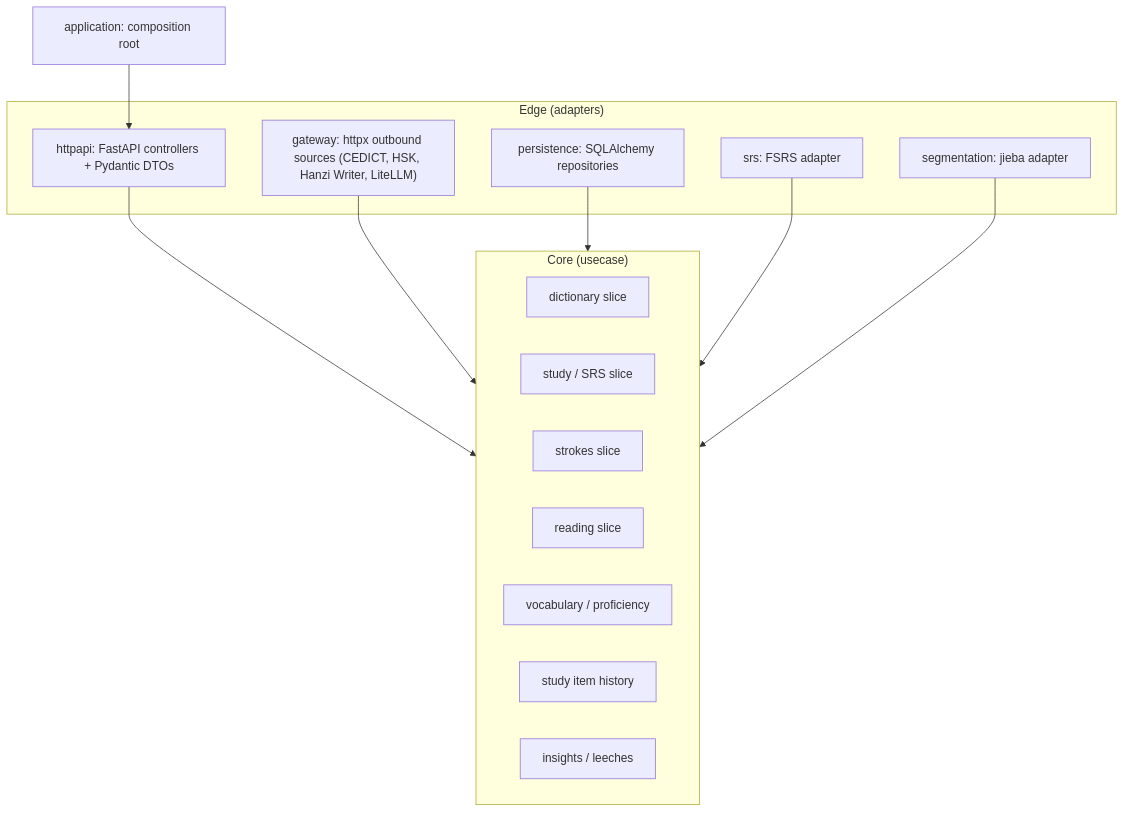
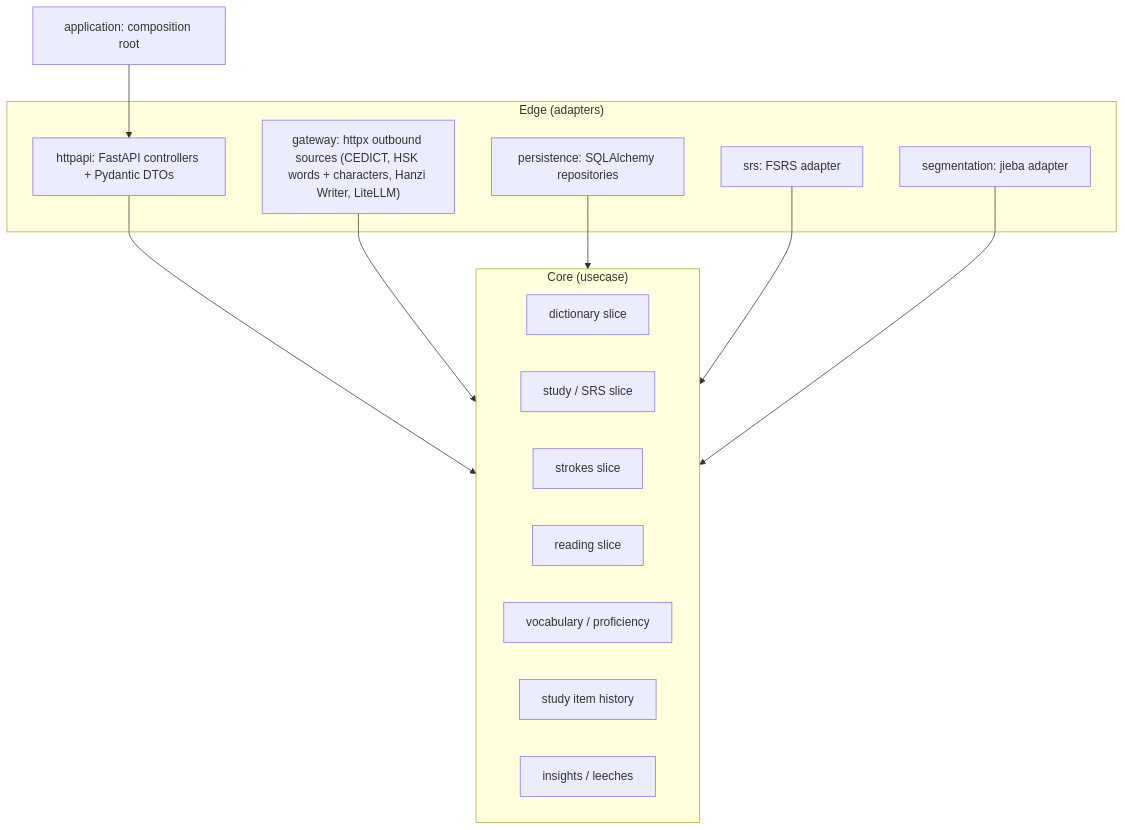
Before and after one commit to luiznaac/shougong: the first of 5 diagrams in docs/02-architecture.md, drawn with Mermaid. The commit also changed other lines of this file and 38 other files, not shown here.

````diff
--- a/docs/02-architecture.md
+++ b/docs/02-architecture.md
@@ -13,26 +13,26 @@
 ```mermaid
 flowchart TB
     subgraph Edge["Edge (adapters)"]
         HTTP["httpapi: FastAPI controllers + Pydantic DTOs"]
         PERS["persistence: SQLAlchemy repositories"]
-        GW["gateway: httpx outbound sources (CEDICT, HSK, Hanzi Writer, LiteLLM)"]
+        GW["gateway: httpx outbound sources (CEDICT, HSK words + characters, Hanzi Writer, LiteLLM)"]
         SRS["srs: FSRS adapter"]
         SEG["segmentation: jieba adapter"]
     end
     subgraph Core["Core (usecase)"]
         DICT["dictionary slice"]
         STUDY["study / SRS slice"]
         STROKES["strokes slice"]
         READING["reading slice"]
         VOCAB["vocabulary / proficiency"]
         HIST["study item history"]
         INSIGHTS["insights / leeches"]
     end
     APP["application: composition root"]
     APP --> HTTP
     HTTP --> Core
     GW --> Core
     PERS --> Core
     SRS --> Core
     SEG --> Core
 ```
````
